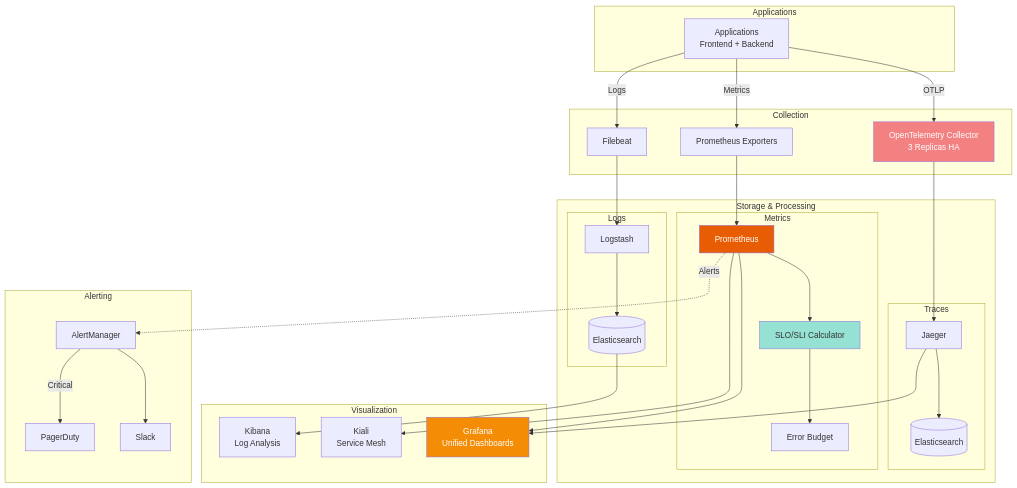
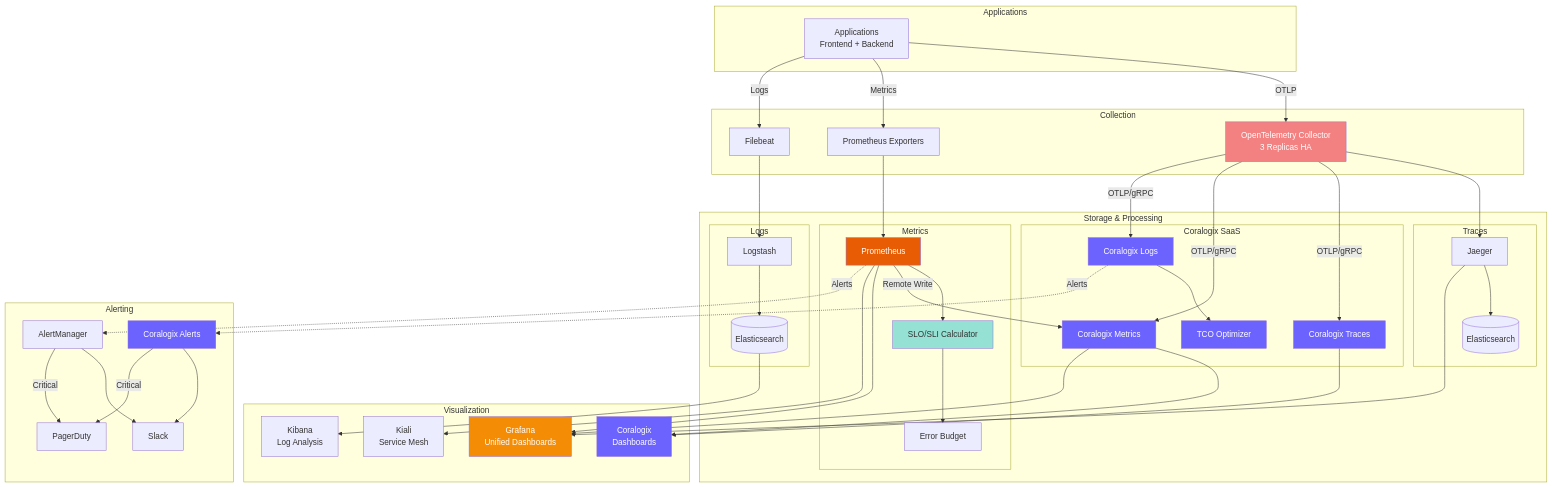
The seventh of 9 diagrams in DEVOPS.md (Derek-miranda/DocuThinker-AI), drawn with Mermaid before and after one commit. The commit also changed other lines of this file and 20 other files, not shown here.

````diff
--- a/DEVOPS.md
+++ b/DEVOPS.md
@@ -714,16 +714,25 @@
             LOGSTASH[Logstash]
             ES_LOG[(Elasticsearch)]
         end
+
+        subgraph "Coralogix SaaS"
+            CX_LOGS[Coralogix Logs]
+            CX_METRICS[Coralogix Metrics]
+            CX_TRACES[Coralogix Traces]
+            CX_TCO[TCO Optimizer]
+        end
     end
 
     subgraph "Visualization"
         GRAF[Grafana<br/>Unified Dashboards]
         KIBANA[Kibana<br/>Log Analysis]
         KIALI[Kiali<br/>Service Mesh]
+        CX_DASH[Coralogix<br/>Dashboards]
     end
 
     subgraph "Alerting"
         ALERT[AlertManager]
+        CX_ALERT[Coralogix Alerts]
         SLACK[Slack]
         PD[PagerDuty]
     end
@@ -733,26 +742,44 @@
     APP -->|Logs| FILEBEAT
 
     OTEL --> JAEGER
+    OTEL -->|OTLP/gRPC| CX_TRACES
+    OTEL -->|OTLP/gRPC| CX_METRICS
+    OTEL -->|OTLP/gRPC| CX_LOGS
     JAEGER --> ES_TRACE
 
     PROM_EXP --> PROM
     PROM --> SLO_CALC
+    PROM -->|Remote Write| CX_METRICS
     SLO_CALC --> ERROR_BUDGET
 
     FILEBEAT --> LOGSTASH
     LOGSTASH --> ES_LOG
 
+    CX_LOGS --> CX_TCO
+    CX_METRICS --> CX_DASH
+    CX_TRACES --> CX_DASH
+
     PROM --> GRAF
     JAEGER --> GRAF
+    CX_METRICS --> GRAF
     ES_LOG --> KIBANA
     PROM --> KIALI
 
     PROM -.->|Alerts| ALERT
+    CX_LOGS -.->|Alerts| CX_ALERT
     ALERT --> SLACK
     ALERT -->|Critical| PD
+    CX_ALERT --> SLACK
+    CX_ALERT -->|Critical| PD
 
     style OTEL fill:#F38181,color:#fff
     style PROM fill:#E85D04,color:#fff
     style GRAF fill:#F48C06,color:#fff
     style SLO_CALC fill:#95E1D3
+    style CX_LOGS fill:#6C63FF,color:#fff
+    style CX_METRICS fill:#6C63FF,color:#fff
+    style CX_TRACES fill:#6C63FF,color:#fff
+    style CX_TCO fill:#6C63FF,color:#fff
+    style CX_DASH fill:#6C63FF,color:#fff
+    style CX_ALERT fill:#6C63FF,color:#fff
 ```
````
